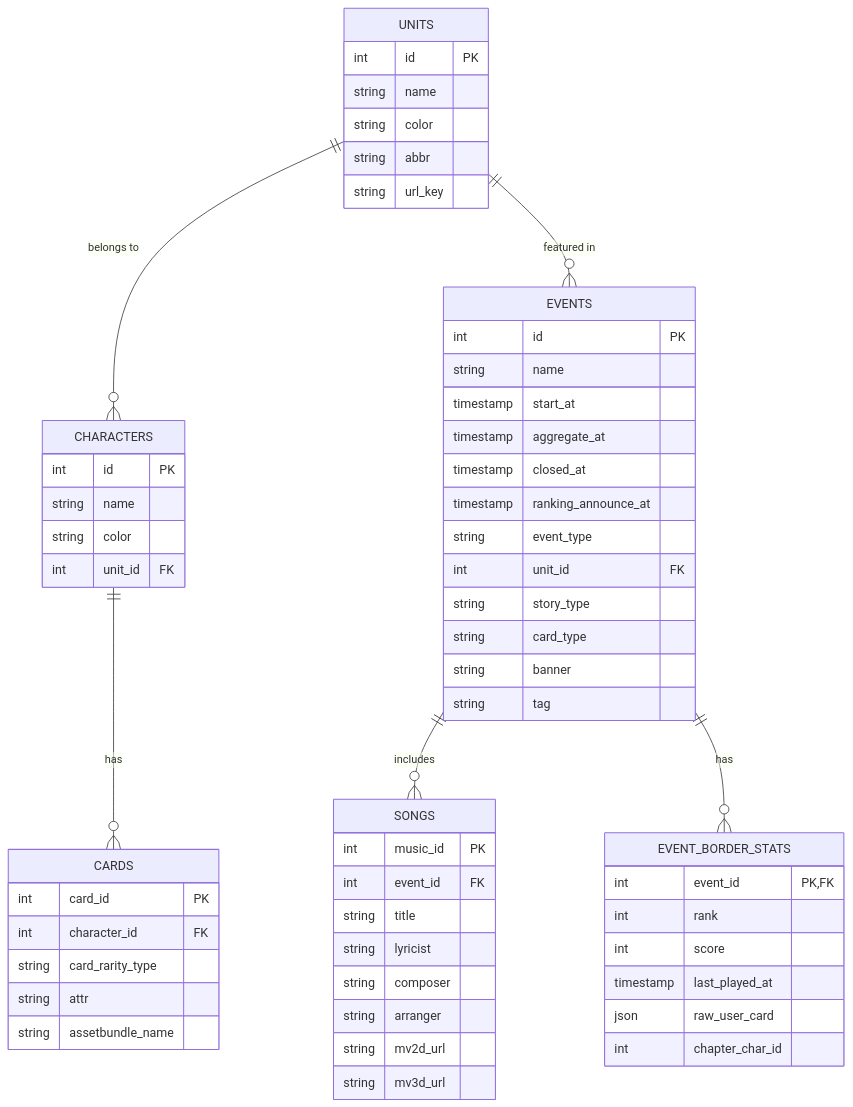
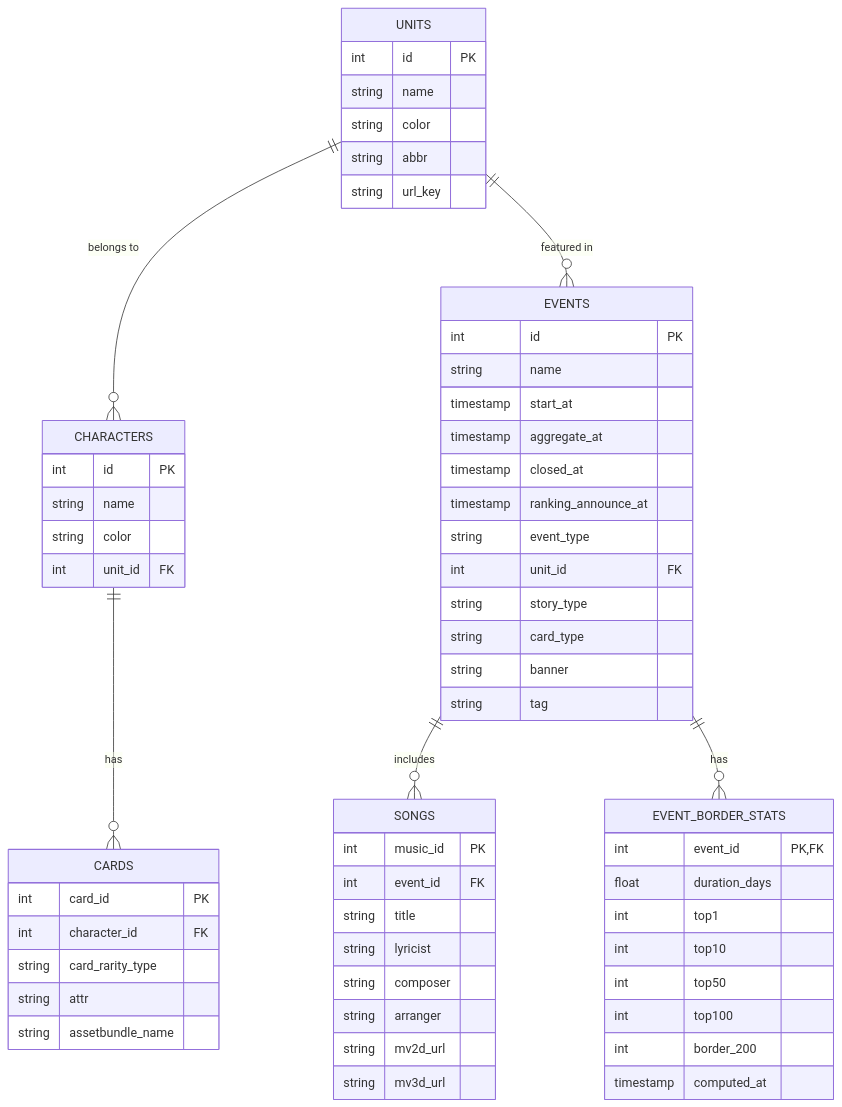
One commit to rockzerox/Project-Sekai-Ranking changed the diagram in docs/DATABASE_SCHEMA.md. Above: the diagram before and after it, drawn with Mermaid. The commit also changed other lines of this file and 4 other files, not shown here.

Commit message:
docs: sync architecture, schema, and page specs with recent analytics and ranking fixes

````diff
--- a/docs/DATABASE_SCHEMA.md
+++ b/docs/DATABASE_SCHEMA.md
@@ -10,66 +10,68 @@
 ```mermaid
 erDiagram
     UNITS ||--o{ CHARACTERS : "belongs to"
     UNITS ||--o{ EVENTS : "featured in"
     CHARACTERS ||--o{ CARDS : "has"
     EVENTS ||--o{ SONGS : "includes"
     EVENTS ||--o{ EVENT_BORDER_STATS : "has"
 
     UNITS {
         int id PK
         string name
         string color
         string abbr
         string url_key
     }
 
     CHARACTERS {
         int id PK
         string name
         string color
         int unit_id FK
     }
 
     CARDS {
         int card_id PK
         int character_id FK
         string card_rarity_type
         string attr
         string assetbundle_name
     }
 
     EVENTS {
         int id PK
         string name
         timestamp start_at
         timestamp aggregate_at
         timestamp closed_at
         timestamp ranking_announce_at
         string event_type
         int unit_id FK
         string story_type
         string card_type
         string banner
         string tag
     }
 
     SONGS {
         int music_id PK
         int event_id FK
         string title
         string lyricist
         string composer
         string arranger
         string mv2d_url
         string mv3d_url
     }
 
     EVENT_BORDER_STATS {
         int event_id PK, FK
-        int rank
-        int score
-        timestamp last_played_at
-        json raw_user_card
-        int chapter_char_id
+        float duration_days
+        int top1
+        int top10
+        int top50
+        int top100
+        int border_200
+        timestamp computed_at
     }
 ```
````
